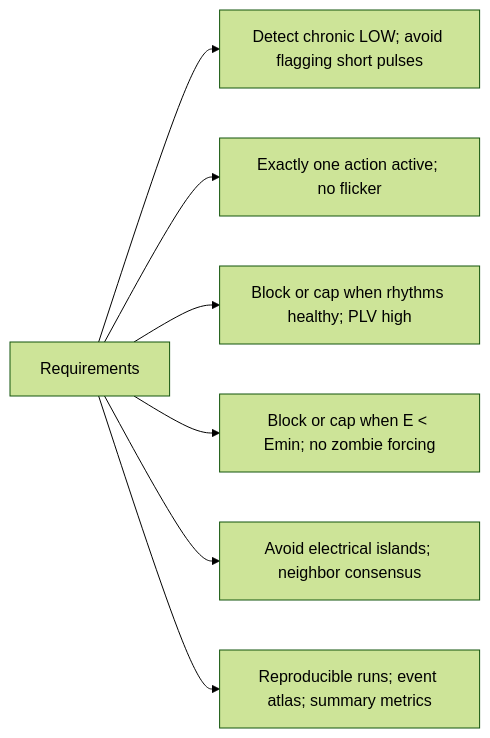
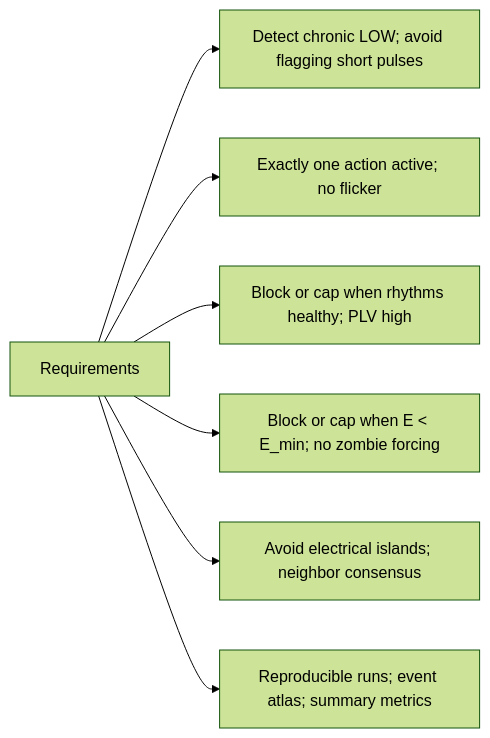
Before and after one commit to declined000/synthetic-switch: the third of 5 diagrams in README.md, drawn with Mermaid (forest theme). The commit also changed other lines of this file, not shown here.

````diff
--- a/README.md
+++ b/README.md
@@ -128,17 +161,17 @@
 ```mermaid
 flowchart LR
   REQS[Requirements]
   R1[Detect chronic LOW; avoid flagging short pulses]
   R2[Exactly one action active; no flicker]
   R3[Block or cap when rhythms healthy; PLV high]
-  R4[Block or cap when E &lt; Emin; no zombie forcing]
+  R4[Block or cap when E &lt; E_min; no zombie forcing]
   R5[Avoid electrical islands; neighbor consensus]
   R6[Reproducible runs; event atlas; summary metrics]
 
   REQS --> R1
   REQS --> R2
   REQS --> R3
   REQS --> R4
   REQS --> R5
   REQS --> R6
 ```
````
